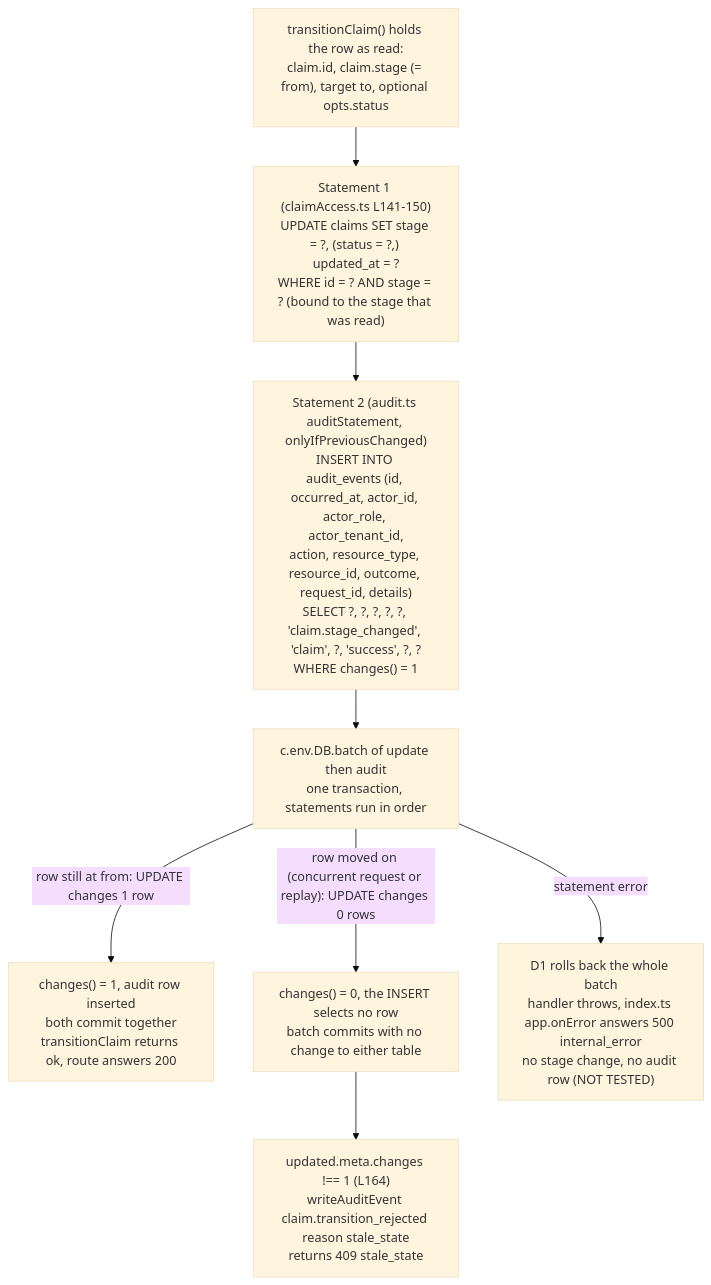
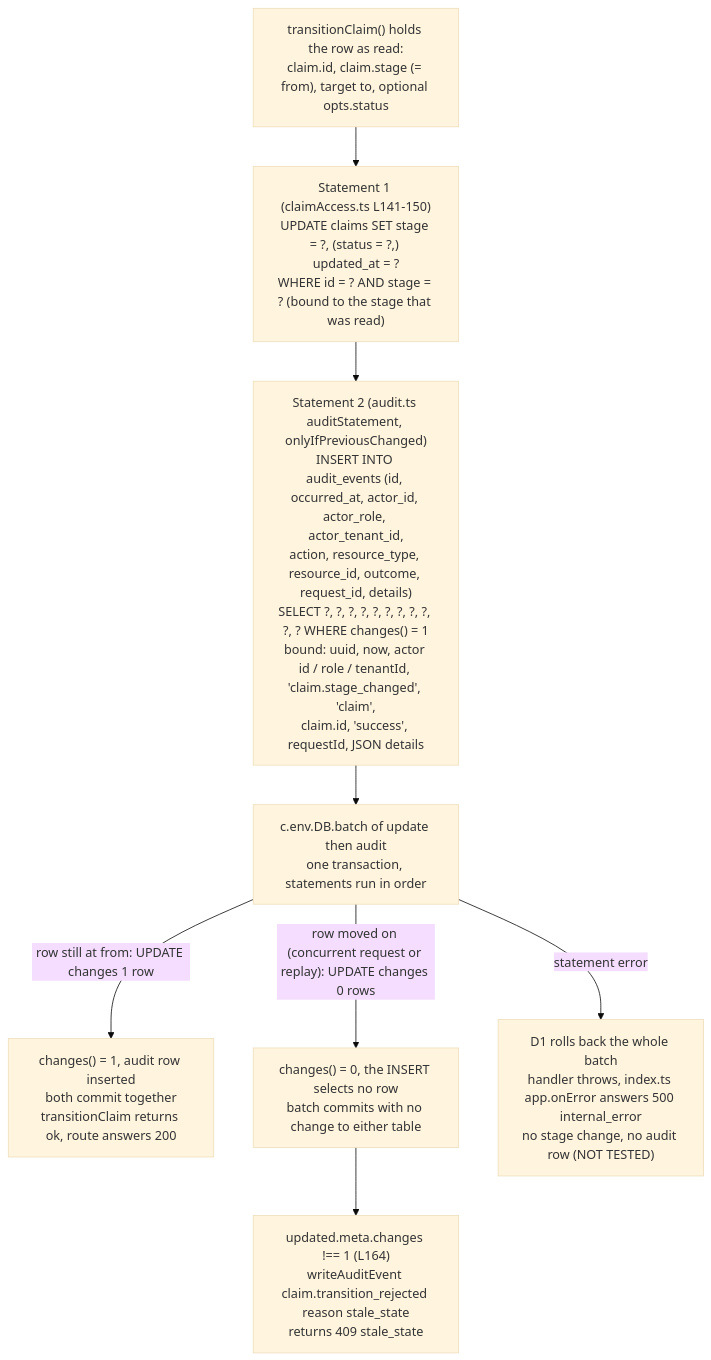
The fourth of 5 diagrams in docs/phase-reports/PHASE_01_SECURITY_FLOW.md (MainMethod26/Easy-Claim), drawn with Mermaid (base theme) before and after one commit. The commit also changed other lines of this file and 26 other files, not shown here.

````diff
--- a/docs/phase-reports/PHASE_01_SECURITY_FLOW.md
+++ b/docs/phase-reports/PHASE_01_SECURITY_FLOW.md
@@ -190,10 +192,10 @@
 ```mermaid
 flowchart TD
     A["transitionClaim() holds the row as read:<br/>claim.id, claim.stage (= from), target to, optional opts.status"] --> U["Statement 1 (claimAccess.ts L141-150)<br/>UPDATE claims SET stage = ?, (status = ?,) updated_at = ?<br/>WHERE id = ? AND stage = ? (bound to the stage that was read)"]
-    U --> I["Statement 2 (audit.ts auditStatement, onlyIfPreviousChanged)<br/>INSERT INTO audit_events (id, occurred_at, actor_id, actor_role, actor_tenant_id,<br/>action, resource_type, resource_id, outcome, request_id, details)<br/>SELECT ?, ?, ?, ?, ?, 'claim.stage_changed', 'claim', ?, 'success', ?, ?<br/>WHERE changes() = 1"]
+    U --> I["Statement 2 (audit.ts auditStatement, onlyIfPreviousChanged)<br/>INSERT INTO audit_events (id, occurred_at, actor_id, actor_role, actor_tenant_id,<br/>action, resource_type, resource_id, outcome, request_id, details)<br/>SELECT ?, ?, ?, ?, ?, ?, ?, ?, ?, ?, ? WHERE changes() = 1<br/>bound: uuid, now, actor id / role / tenantId, 'claim.stage_changed', 'claim',<br/>claim.id, 'success', requestId, JSON details"]
     I --> B["c.env.DB.batch of update then audit<br/>one transaction, statements run in order"]
     B -- "row still at from: UPDATE changes 1 row" --> OK["changes() = 1, audit row inserted<br/>both commit together<br/>transitionClaim returns ok, route answers 200"]
     B -- "row moved on (concurrent request or replay): UPDATE changes 0 rows" --> NO["changes() = 0, the INSERT selects no row<br/>batch commits with no change to either table"]
     NO --> ST["updated.meta.changes !== 1 (L164)<br/>writeAuditEvent claim.transition_rejected reason stale_state<br/>returns 409 stale_state"]
     B -- "statement error" --> ERR["D1 rolls back the whole batch<br/>handler throws, index.ts app.onError answers 500 internal_error<br/>no stage change, no audit row (NOT TESTED)"]
 ```
````
